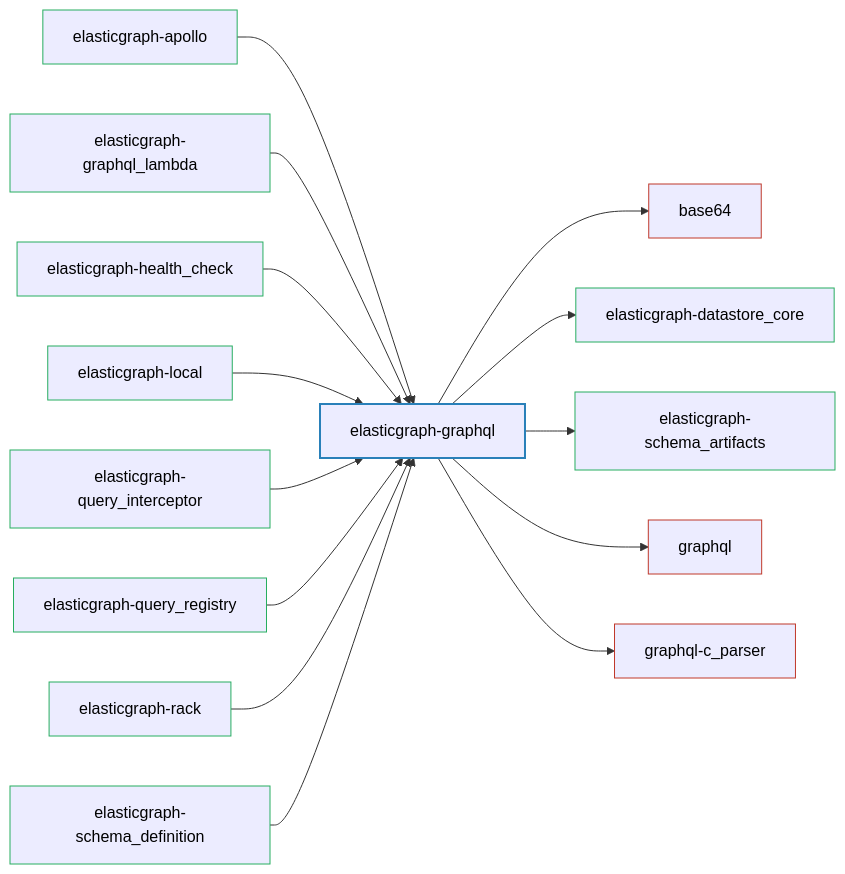
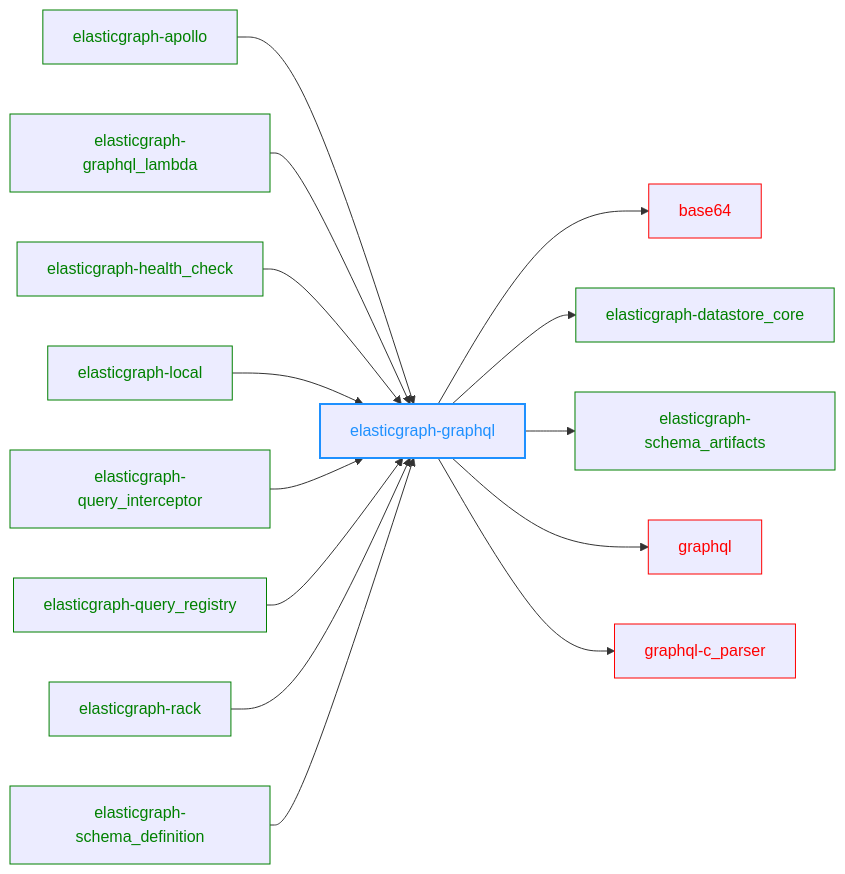
The diagram in elasticgraph-graphql/README.md (block/elasticgraph), drawn with Mermaid before and after one commit. The commit also changed 23 other files, not shown here.

````diff
--- a/elasticgraph-graphql/README.md
+++ b/elasticgraph-graphql/README.md
@@ -7,44 +7,47 @@
 ```mermaid
 graph LR;
     elasticgraph-graphql["elasticgraph-graphql"];
     base64["base64"];
     elasticgraph-graphql --> base64;
     elasticgraph-datastore_core["elasticgraph-datastore_core"];
     elasticgraph-graphql --> elasticgraph-datastore_core;
     elasticgraph-schema_artifacts["elasticgraph-schema_artifacts"];
     elasticgraph-graphql --> elasticgraph-schema_artifacts;
     graphql["graphql"];
     elasticgraph-graphql --> graphql;
     graphql-c_parser["graphql-c_parser"];
     elasticgraph-graphql --> graphql-c_parser;
     elasticgraph-apollo["elasticgraph-apollo"];
     elasticgraph-apollo --> elasticgraph-graphql;
     elasticgraph-graphql_lambda["elasticgraph-graphql_lambda"];
     elasticgraph-graphql_lambda --> elasticgraph-graphql;
     elasticgraph-health_check["elasticgraph-health_check"];
     elasticgraph-health_check --> elasticgraph-graphql;
     elasticgraph-local["elasticgraph-local"];
     elasticgraph-local --> elasticgraph-graphql;
     elasticgraph-query_interceptor["elasticgraph-query_interceptor"];
     elasticgraph-query_interceptor --> elasticgraph-graphql;
     elasticgraph-query_registry["elasticgraph-query_registry"];
     elasticgraph-query_registry --> elasticgraph-graphql;
     elasticgraph-rack["elasticgraph-rack"];
     elasticgraph-rack --> elasticgraph-graphql;
     elasticgraph-schema_definition["elasticgraph-schema_definition"];
     elasticgraph-schema_definition --> elasticgraph-graphql;
-    style elasticgraph-graphql fill:#lightblue,stroke:#2980b9,stroke-width:2px,color:#000;
-    style base64 fill:#lightcoral,stroke:#c0392b,stroke-width:1px,color:#000;
-    style elasticgraph-datastore_core fill:#lightgreen,stroke:#27ae60,stroke-width:1px,color:#000;
-    style elasticgraph-schema_artifacts fill:#lightgreen,stroke:#27ae60,stroke-width:1px,color:#000;
-    style graphql fill:#lightcoral,stroke:#c0392b,stroke-width:1px,color:#000;
-    style graphql-c_parser fill:#lightcoral,stroke:#c0392b,stroke-width:1px,color:#000;
-    style elasticgraph-apollo fill:#lightgreen,stroke:#27ae60,stroke-width:1px,color:#000;
-    style elasticgraph-graphql_lambda fill:#lightgreen,stroke:#27ae60,stroke-width:1px,color:#000;
-    style elasticgraph-health_check fill:#lightgreen,stroke:#27ae60,stroke-width:1px,color:#000;
-    style elasticgraph-local fill:#lightgreen,stroke:#27ae60,stroke-width:1px,color:#000;
-    style elasticgraph-query_interceptor fill:#lightgreen,stroke:#27ae60,stroke-width:1px,color:#000;
-    style elasticgraph-query_registry fill:#lightgreen,stroke:#27ae60,stroke-width:1px,color:#000;
-    style elasticgraph-rack fill:#lightgreen,stroke:#27ae60,stroke-width:1px,color:#000;
-    style elasticgraph-schema_definition fill:#lightgreen,stroke:#27ae60,stroke-width:1px,color:#000;
+    style elasticgraph-graphql color:DodgerBlue,stroke-width:2px,stroke:DodgerBlue;
+    style base64 color:Red,stroke:Red;
+    style elasticgraph-datastore_core color:Green,stroke:Green;
+    style elasticgraph-schema_artifacts color:Green,stroke:Green;
+    style graphql color:Red,stroke:Red;
+    style graphql-c_parser color:Red,stroke:Red;
+    style elasticgraph-apollo color:Green,stroke:Green;
+    style elasticgraph-graphql_lambda color:Green,stroke:Green;
+    style elasticgraph-health_check color:Green,stroke:Green;
+    style elasticgraph-local color:Green,stroke:Green;
+    style elasticgraph-query_interceptor color:Green,stroke:Green;
+    style elasticgraph-query_registry color:Green,stroke:Green;
+    style elasticgraph-rack color:Green,stroke:Green;
+    style elasticgraph-schema_definition color:Green,stroke:Green;
+    click base64 href "https://rubygems.org/gems/base64" "Open on RubyGems.org" _blank;
+    click graphql href "https://rubygems.org/gems/graphql" "Open on RubyGems.org" _blank;
+    click graphql-c_parser href "https://rubygems.org/gems/graphql-c_parser" "Open on RubyGems.org" _blank;
 ```
````
